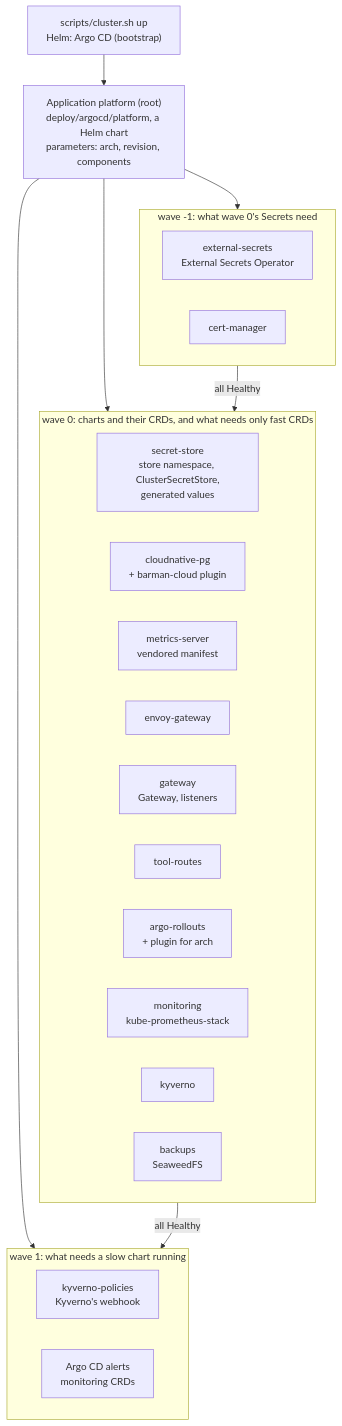
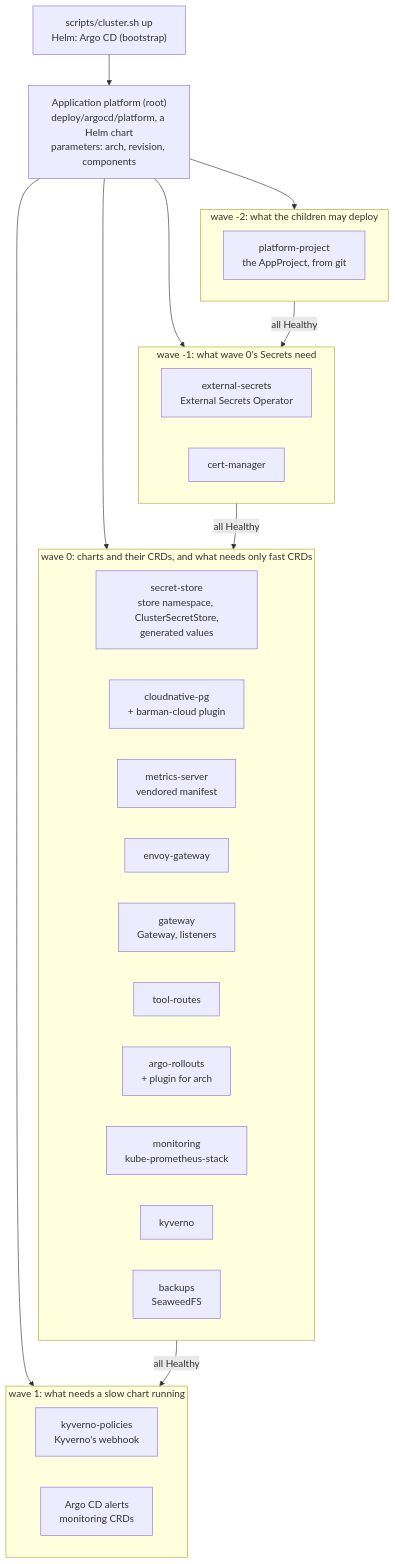
The tenth of 10 diagrams in docs/DESIGN.md (easypeasyops/links), drawn with Mermaid before and after one commit. The commit also changed other lines of this file and 3 other files, not shown here.

First line of the commit message:
platform.lock: retry a child's sync every 5-30 s, and the AppProject from git (platform #26, #27) (#114)

````diff
--- a/docs/DESIGN.md
+++ b/docs/DESIGN.md
@@ -895,32 +895,37 @@
 ```mermaid
 flowchart TB
   CS["scripts/cluster.sh up<br/>Helm: Argo CD (bootstrap)"] --> Root
   Root["Application platform (root)<br/>deploy/argocd/platform, a Helm chart<br/>parameters: arch, revision, components"]
+  Root --> WP
   Root --> WB
   Root --> W0
   Root --> W1
+  subgraph WP["wave -2: what the children may deploy"]
+    PP[platform-project<br/>the AppProject, from git]
+  end
   subgraph WB["wave -1: what wave 0's Secrets need"]
     ES[external-secrets<br/>External Secrets Operator]
     CM[cert-manager]
   end
   subgraph W0["wave 0: charts and their CRDs, and what needs only fast CRDs"]
     direction LR
     SS[secret-store<br/>store namespace, ClusterSecretStore,<br/>generated values]
     PG[cloudnative-pg<br/>+ barman-cloud plugin]
     MS[metrics-server<br/>vendored manifest]
     EG[envoy-gateway]
     GW[gateway<br/>Gateway, listeners]
     TR[tool-routes]
     AR[argo-rollouts<br/>+ plugin for arch]
     KPS[monitoring<br/>kube-prometheus-stack]
     KY[kyverno]
     BK[backups<br/>SeaweedFS]
   end
   subgraph W1["wave 1: what needs a slow chart running"]
     direction LR
     KP[kyverno-policies<br/>Kyverno's webhook]
     AM[Argo CD alerts<br/>monitoring CRDs]
   end
+  WP -->|"all Healthy"| WB
   WB -->|"all Healthy"| W0
   W0 -->|"all Healthy"| W1
 ```
````
